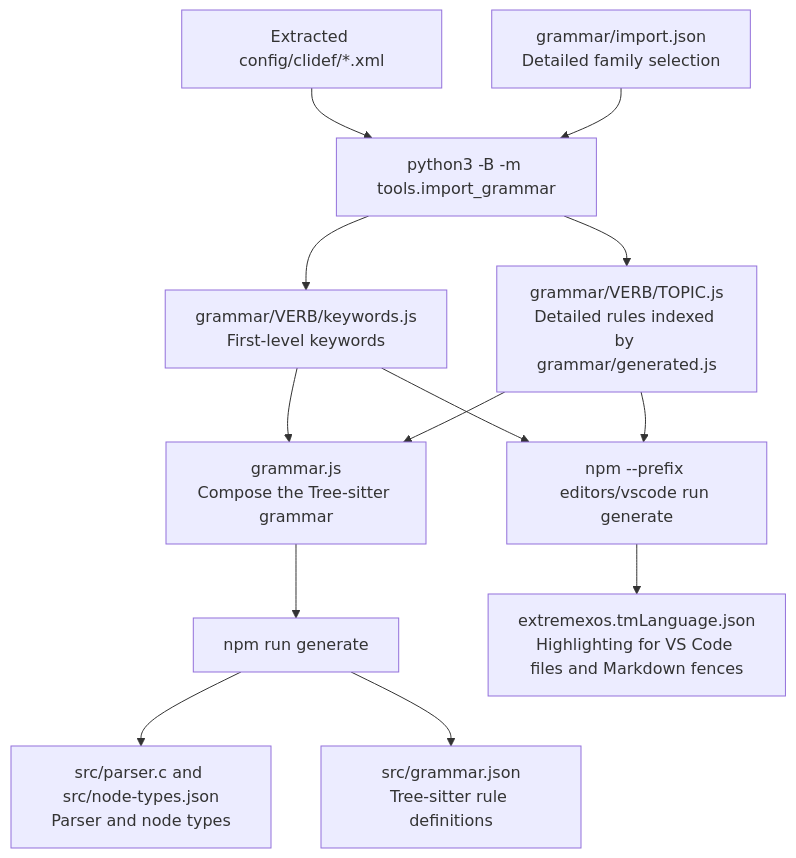
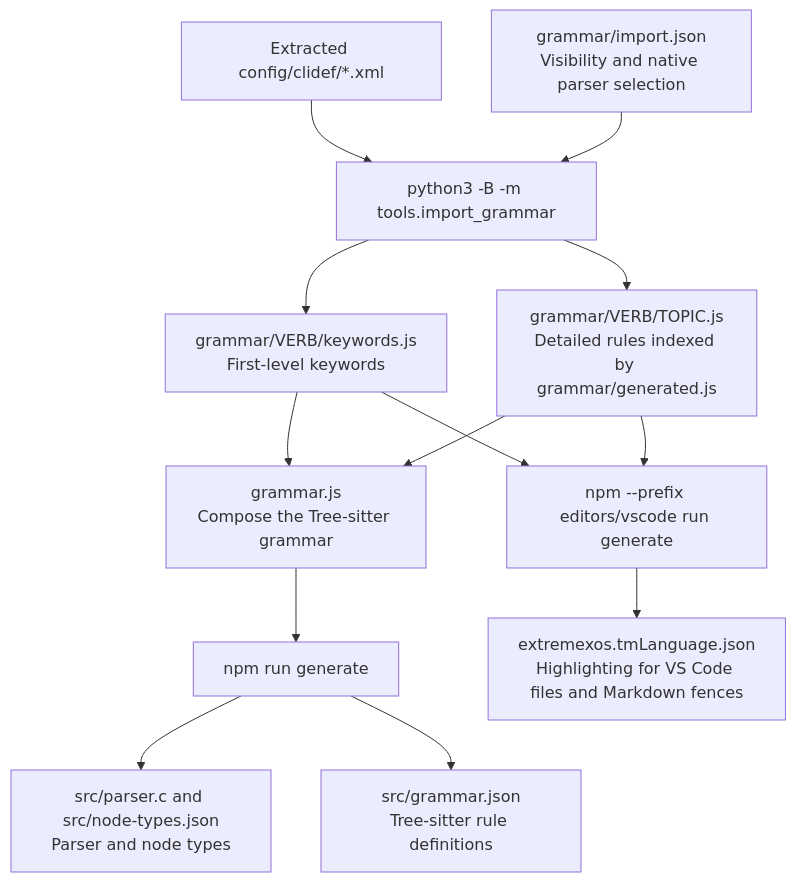
Before and after one commit to aaronaxvig/tree-sitter-extremexos: the diagram in README.md, drawn with Mermaid. The commit also changed other lines of this file and 11 other files, not shown here.

````diff
--- a/README.md
+++ b/README.md
@@ -46,15 +46,15 @@
 ```mermaid
 flowchart TD
     XML["Extracted config/clidef/*.xml"] --> Import["python3 -B -m tools.import_grammar"]
-    Config["grammar/import.json<br/>Detailed family selection"] --> Import
+    Config["grammar/import.json<br/>Visibility and native parser selection"] --> Import
     Import --> Keywords["grammar/VERB/keywords.js<br/>First-level keywords"]
     Import --> Details["grammar/VERB/TOPIC.js<br/>Detailed rules indexed by grammar/generated.js"]
     Keywords --> Grammar["grammar.js<br/>Compose the Tree-sitter grammar"]
     Details --> Grammar
     Grammar --> Generate["npm run generate"]
     Generate --> Parser["src/parser.c and src/node-types.json<br/>Parser and node types"]
     Generate --> Rules["src/grammar.json<br/>Tree-sitter rule definitions"]
     Keywords --> Editor["npm --prefix editors/vscode run generate"]
     Details --> Editor
     Editor --> TextMate["extremexos.tmLanguage.json<br/>Highlighting for VS Code files and Markdown fences"]
 ```
````
